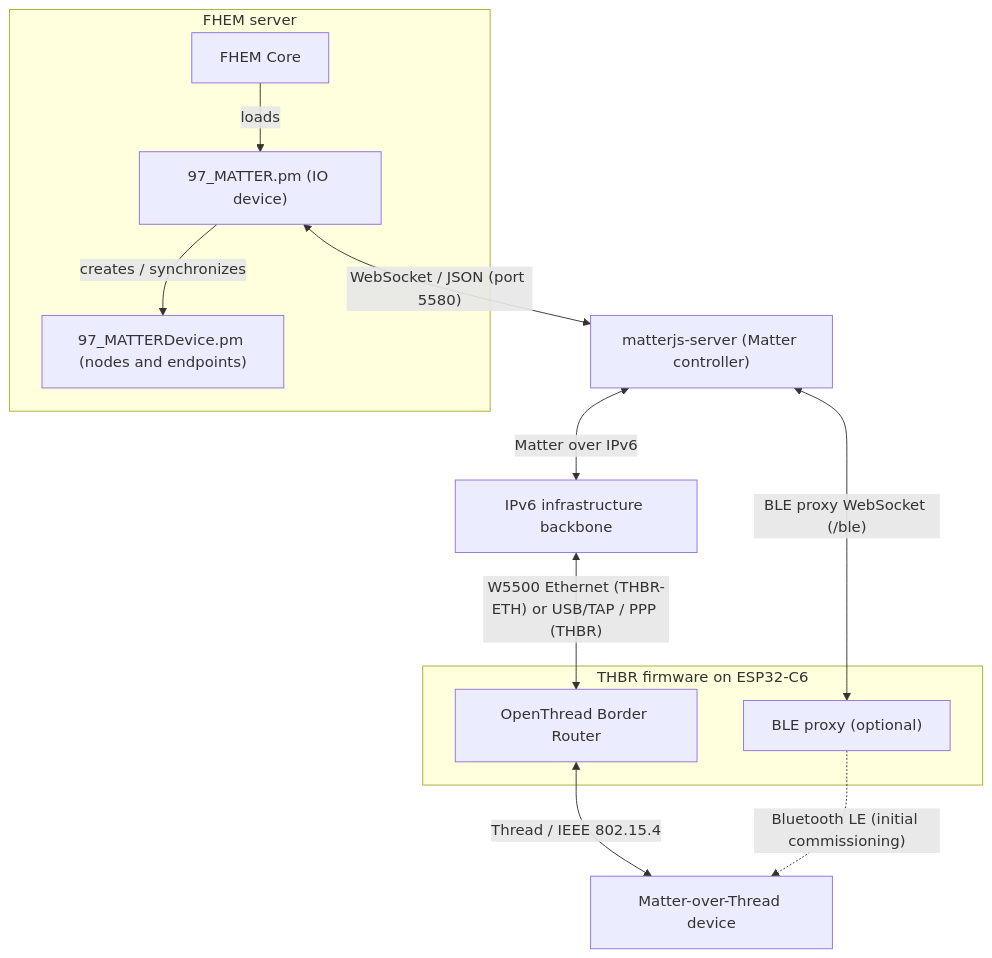
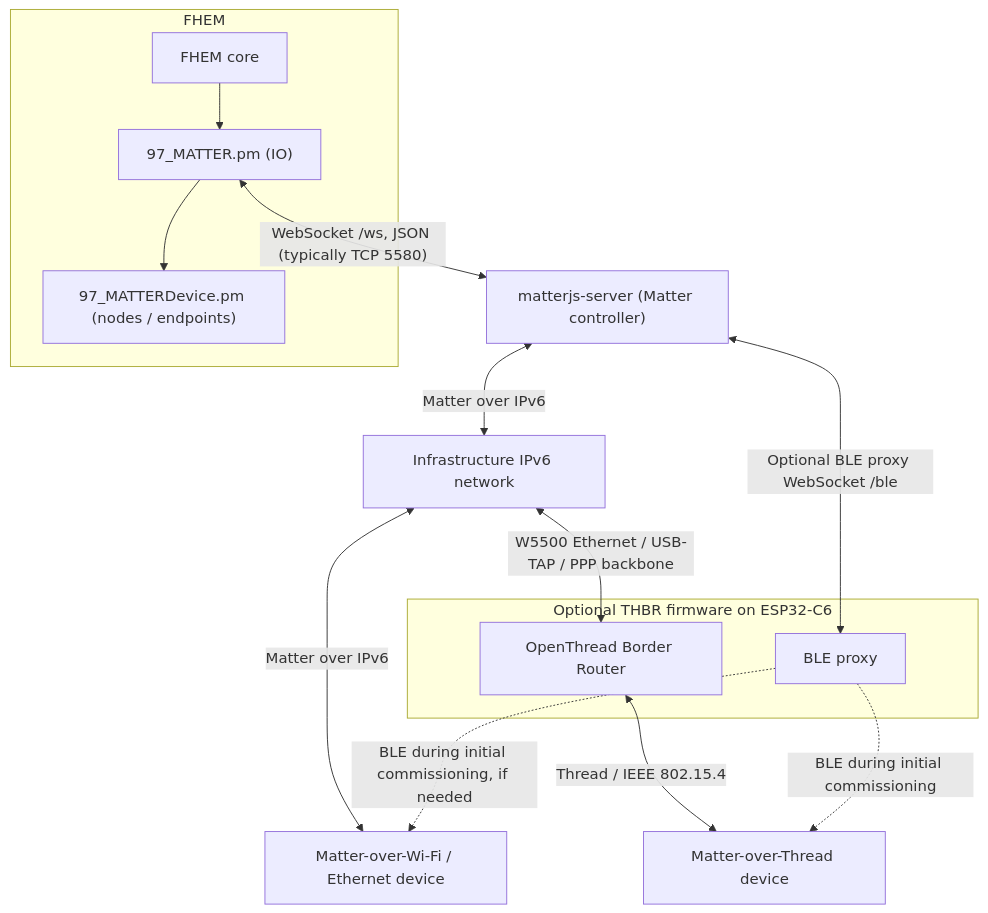
Before and after one commit to Flachzange/fhem-matter-fork: the diagram in README.md, drawn with Mermaid. The commit also changed other lines of this file and 4 other files, not shown here.

````diff
--- a/README.md
+++ b/README.md
@@ -14,25 +12,28 @@
 ```mermaid
 flowchart TD
-    subgraph FHEM["FHEM server"]
-        CORE["FHEM Core"] -->|"loads"| IO["97_MATTER.pm (IO device)"]
-        IO -->|"creates / synchronizes"| NODE["97_MATTERDevice.pm (nodes and endpoints)"]
+    subgraph FHEM["FHEM"]
+        CORE["FHEM core"] --> IO["97_MATTER.pm (IO)"]
+        IO --> NODE["97_MATTERDevice.pm (nodes / endpoints)"]
     end
 
     SERVER["matterjs-server (Matter controller)"]
-    IO <-->|"WebSocket / JSON (port 5580)"| SERVER
+    IO <-->|"WebSocket /ws, JSON (typically TCP 5580)"| SERVER
 
-    BACKBONE["IPv6 infrastructure backbone"]
-    SERVER <-->|"Matter over IPv6"| BACKBONE
+    LAN["Infrastructure IPv6 network"]
+    SERVER <-->|"Matter over IPv6"| LAN
+    IP["Matter-over-Wi-Fi / Ethernet device"]
+    LAN <-->|"Matter over IPv6"| IP
 
-    subgraph ESP["THBR firmware on ESP32-C6"]
+    subgraph THBR["Optional THBR firmware on ESP32-C6"]
         BR["OpenThread Border Router"]
-        BLE["BLE proxy (optional)"]
+        BLE["BLE proxy"]
     end
 
-    BACKBONE <-->|"W5500 Ethernet (THBR-ETH) or USB/TAP / PPP (THBR)"| BR
-    SERVER <-->|"BLE proxy WebSocket (/ble)"| BLE
+    LAN <-->|"W5500 Ethernet / USB-TAP / PPP backbone"| BR
+    SERVER <-->|"Optional BLE proxy WebSocket /ble"| BLE
 
-    DEVICE["Matter-over-Thread device"]
-    BR <-->|"Thread / IEEE 802.15.4"| DEVICE
-    BLE -.->|"Bluetooth LE (initial commissioning)"| DEVICE
+    THREAD["Matter-over-Thread device"]
+    BR <-->|"Thread / IEEE 802.15.4"| THREAD
+    BLE -.->|"BLE during initial commissioning"| THREAD
+    BLE -.->|"BLE during initial commissioning, if needed"| IP
 ```
````
